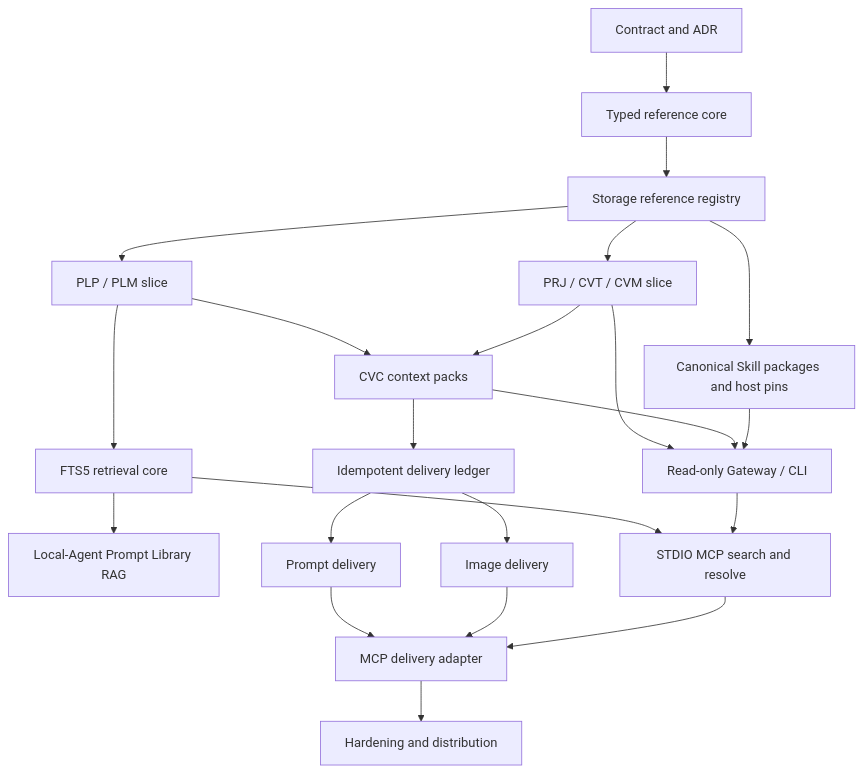
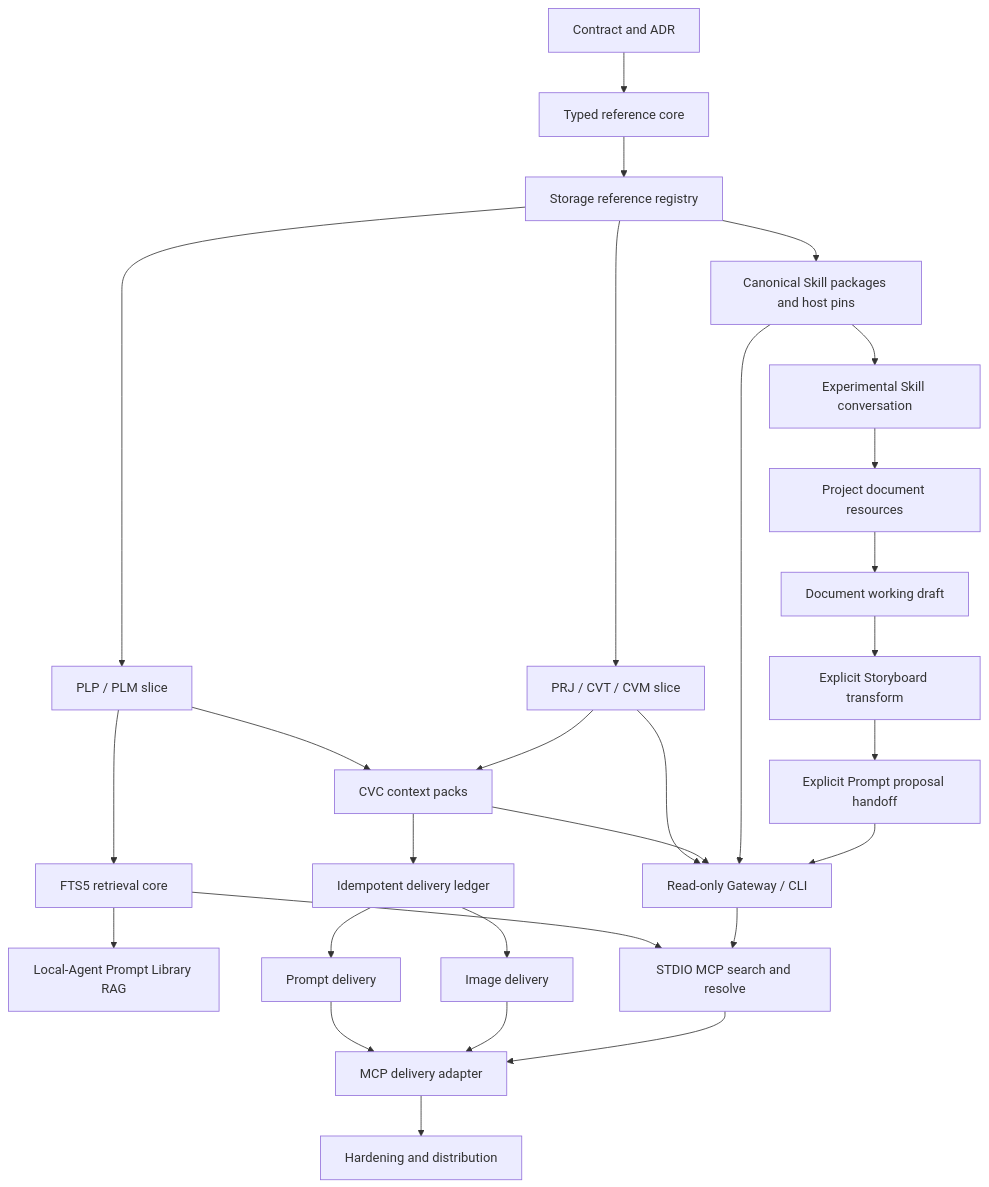
Before and after one commit to Aoye-3/PromptCard-AgentCanvas: the diagram in docs/superpowers/plans/2026-08-22-plan-008-execution.md, drawn with Mermaid. The commit also changed other lines of this file and 9 other files, not shown here.

Commit message:
docs(plan): define skill document storyboard loop

````diff
--- a/docs/superpowers/plans/2026-08-22-plan-008-execution.md
+++ b/docs/superpowers/plans/2026-08-22-plan-008-execution.md
@@ -80,24 +94,30 @@
 ```mermaid
 flowchart TD
     A["Contract and ADR"] --> B["Typed reference core"]
     B --> C["Storage reference registry"]
     C --> D["PLP / PLM slice"]
     C --> E["PRJ / CVT / CVM slice"]
     D --> F["CVC context packs"]
     E --> F
     C --> G["Canonical Skill packages and host pins"]
     D --> H["FTS5 retrieval core"]
     E --> I["Read-only Gateway / CLI"]
     F --> I
     G --> I
+    G --> Q["Experimental Skill conversation"]
+    Q --> R["Project document resources"]
+    R --> S["Document working draft"]
+    S --> T["Explicit Storyboard transform"]
+    T --> U["Explicit Prompt proposal handoff"]
+    U --> I
     H --> J["Local-Agent Prompt Library RAG"]
     H --> K["STDIO MCP search and resolve"]
     I --> K
     F --> L["Idempotent delivery ledger"]
     L --> M["Prompt delivery"]
     L --> N["Image delivery"]
     M --> O["MCP delivery adapter"]
     N --> O
     K --> O
     O --> P["Hardening and distribution"]
 ```
````
